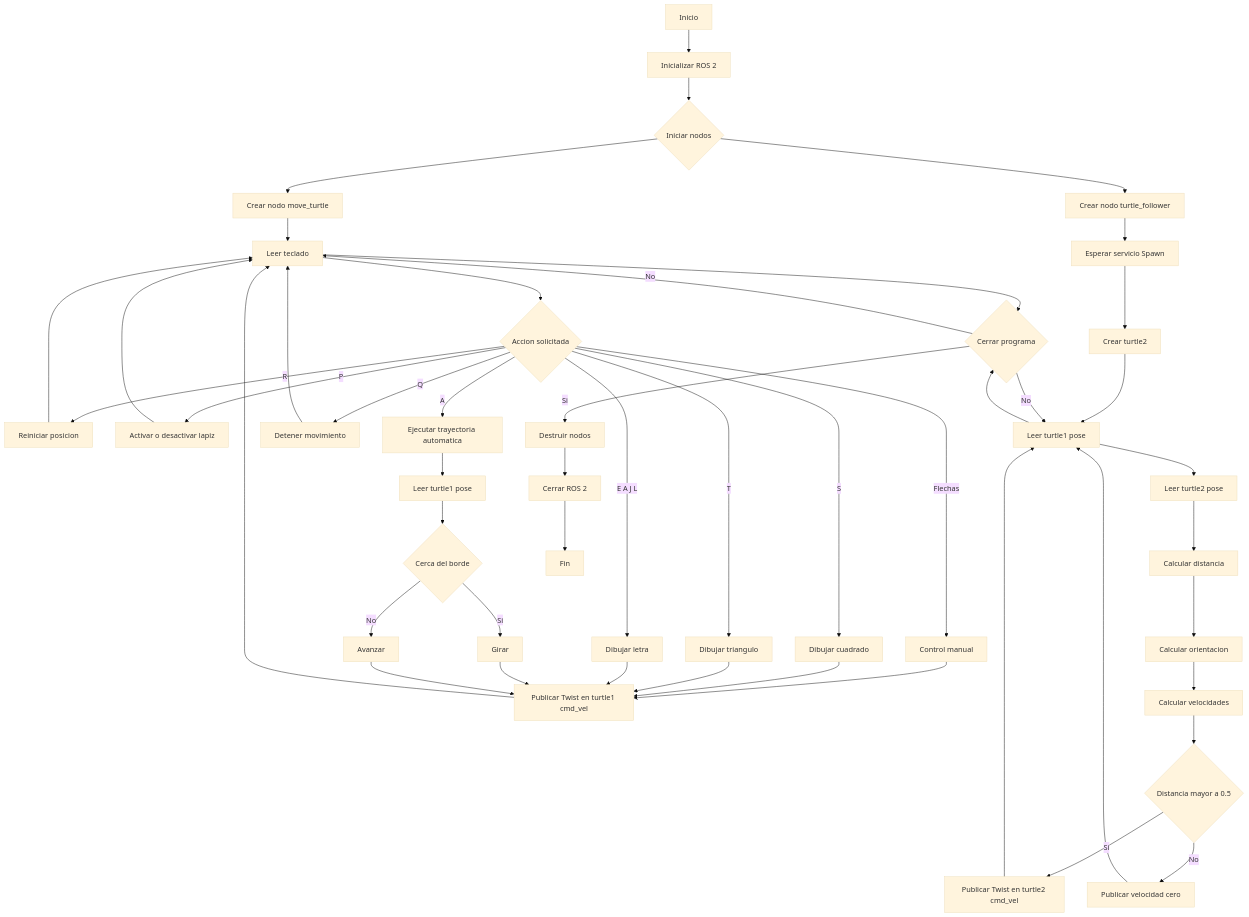
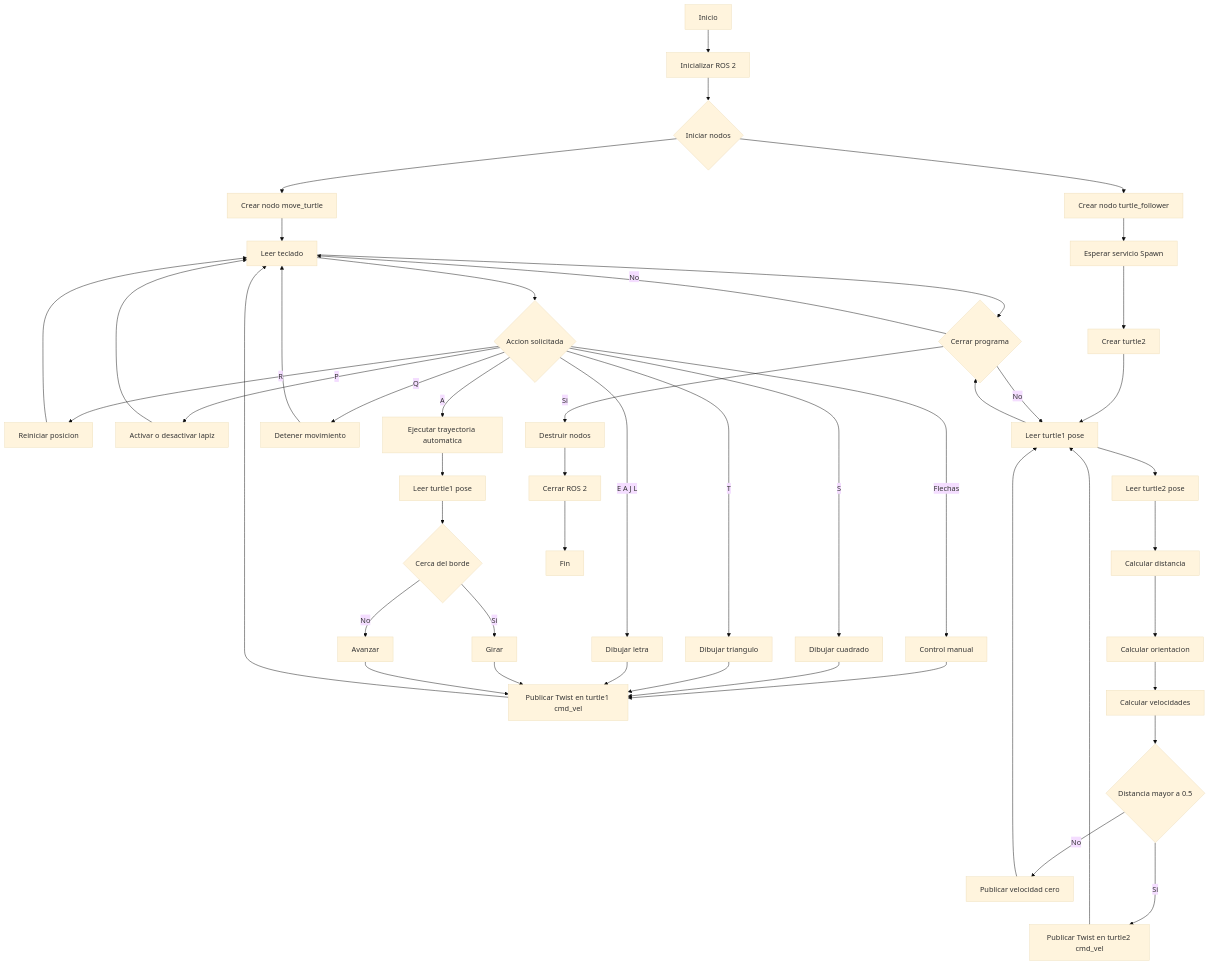
The diagram in Laboratorio No. 04 - Robótica de Desarrollo ROS Jazzy y Turtlesim/README.MD (labsir-un/Robotica-2026-I-Equipo-3A-Arevalo-Lopez), drawn with Mermaid (base theme) before and after one commit.

```diff
--- a/Laboratorio No. 04 - Robótica de Desarrollo ROS Jazzy y Turtlesim/README.MD
+++ b/Laboratorio No. 04 - Robótica de Desarrollo ROS Jazzy y Turtlesim/README.MD
@@ -187,7 +187,7 @@
 
     AA --> AB{Distancia mayor a 0.5}
 
-    AB -- Si --> AC[Publicar Twist en turtle2 cmd_vel]
+    AB -- Si ---> AC[Publicar Twist en turtle2 cmd_vel]
     AB -- No --> AD[Publicar velocidad cero]
 
     AC --> W
```
